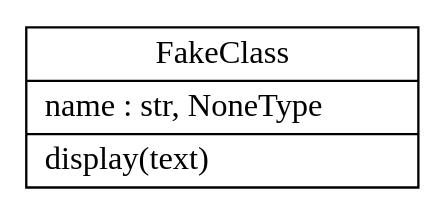
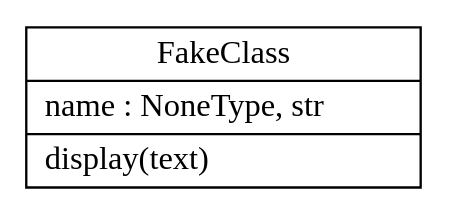
Before and after one commit to kaufmanno/GSDMA_2021: the diagram in docs/source/uml/classes_uml_gsdma_2021.dot, drawn with Graphviz. The commit also changed 2 other files, not shown here.

```diff
--- a/docs/source/uml/classes_uml_gsdma_2021.dot
+++ b/docs/source/uml/classes_uml_gsdma_2021.dot
@@ -1,5 +1,5 @@
 digraph "classes_uml_gsdma_2021" {
 rankdir=BT
 charset="utf-8"
-"gsdma_2021.core.FakeClass" [color="black", fontcolor="black", label="{FakeClass|name : str, NoneType\l|display(text)\l}", shape="record", style="solid"];
+"gsdma_2021.core.FakeClass" [color="black", fontcolor="black", label="{FakeClass|name : NoneType, str\l|display(text)\l}", shape="record", style="solid"];
 }
```
